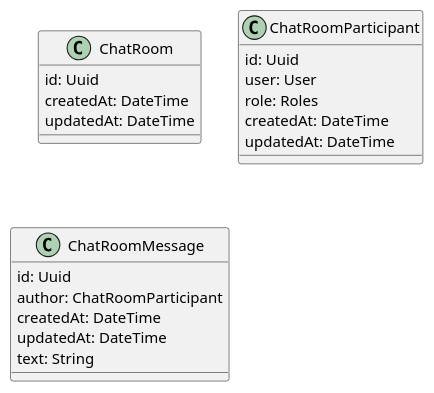
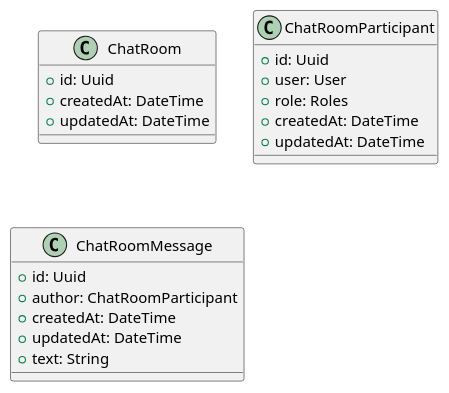
The third of 3 diagrams in ytt/README.md (kodesmil/kodesmil-plant), drawn with PlantUML before and after one commit. The commit also changed other lines of this file and 4 other files, not shown here.

````diff
--- a/ytt/README.md
+++ b/ytt/README.md
@@ -90,27 +107,27 @@
 ```plantuml:ytt-chat-classes
 @startuml
 
 class ChatRoom {
-  id: Uuid
-  createdAt: DateTime
-  updatedAt: DateTime
+  + id: Uuid
+  + createdAt: DateTime
+  + updatedAt: DateTime
 }
 
 class ChatRoomParticipant {
-  id: Uuid
-  user: User
-  role: Roles
-  createdAt: DateTime
-  updatedAt: DateTime
+  + id: Uuid
+  + user: User
+  + role: Roles
+  + createdAt: DateTime
+  + updatedAt: DateTime
 }
 
 class ChatRoomMessage {
-  id: Uuid
-  author: ChatRoomParticipant
-  createdAt: DateTime
-  updatedAt: DateTime
-  text: String
+  + id: Uuid
+  + author: ChatRoomParticipant
+  + createdAt: DateTime
+  + updatedAt: DateTime
+  + text: String
 }
 
 @enduml
 ```
````
